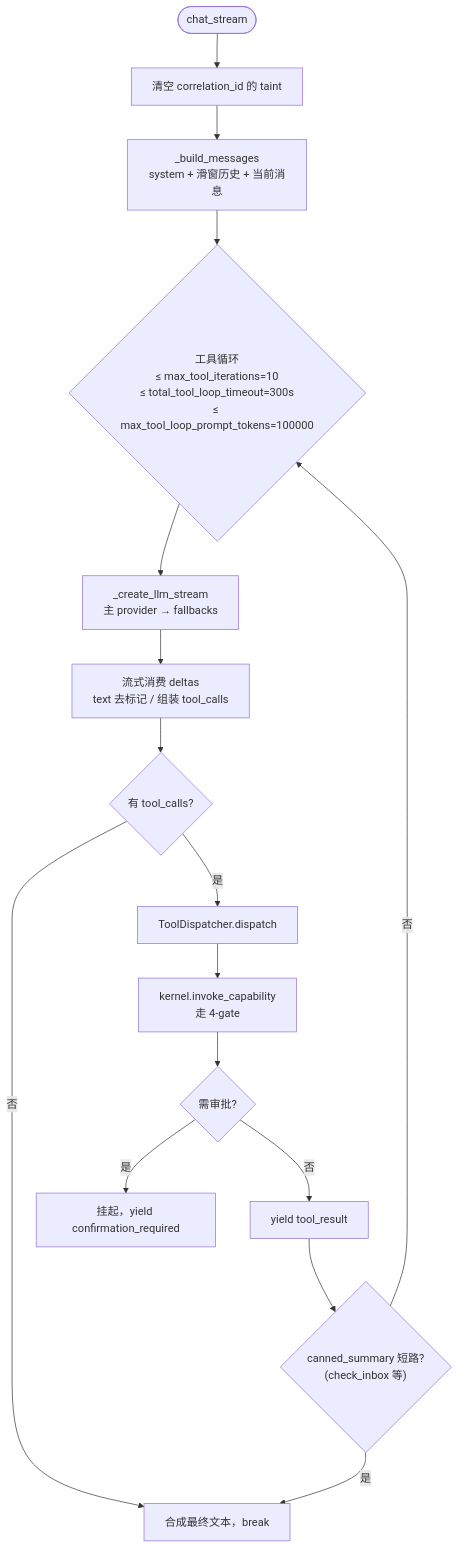
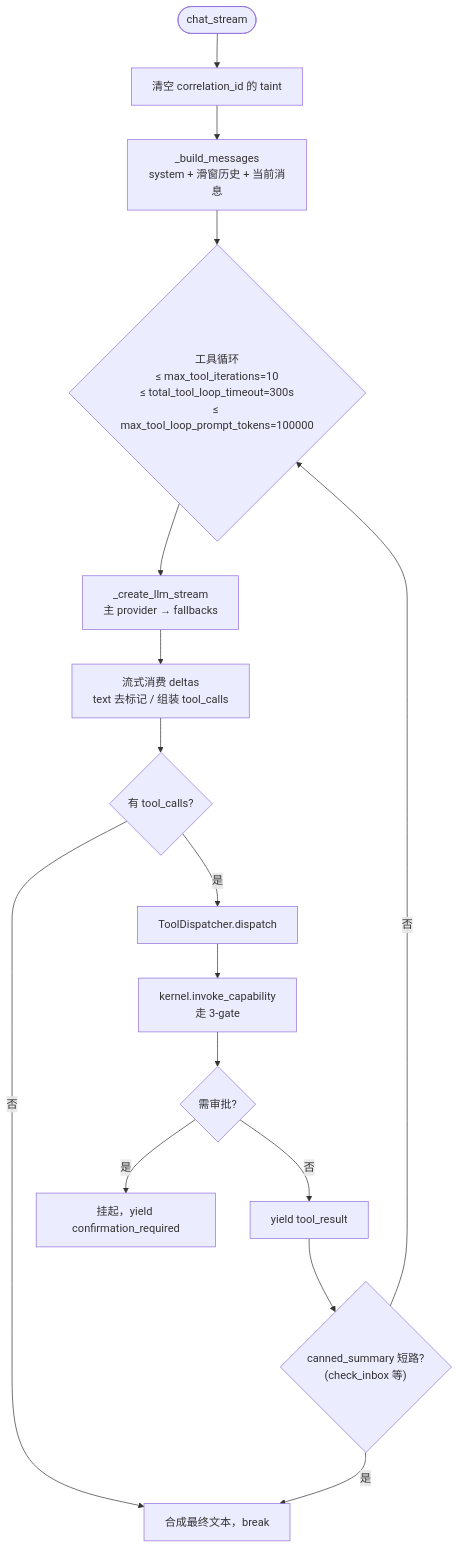
Before and after one commit to yyyyyyyy/personal-ai-runtime: the diagram in docs/03-subsystems/backend-core.md, drawn with Mermaid. The commit also changed 21 other files, not shown here.

````diff
--- a/docs/03-subsystems/backend-core.md
+++ b/docs/03-subsystems/backend-core.md
@@ -11,19 +11,19 @@
 ```mermaid
 flowchart TB
     Start([chat_stream])
     Start --> Clear["清空 correlation_id 的 taint"]
     Clear --> Build["_build_messages<br/>system + 滑窗历史 + 当前消息"]
     Build --> Loop{"工具循环<br/>≤ max_tool_iterations=10<br/>≤ total_tool_loop_timeout=300s<br/>≤ max_tool_loop_prompt_tokens=100000"}
     Loop --> Stream["_create_llm_stream<br/>主 provider → fallbacks"]
     Stream --> Delta["流式消费 deltas<br/>text 去标记 / 组装 tool_calls"]
     Delta --> HasTool{"有 tool_calls?"}
     HasTool -->|否| Final["合成最终文本，break"]
     HasTool -->|是| Dispatch["ToolDispatcher.dispatch"]
-    Dispatch --> Cap["kernel.invoke_capability<br/>走 4-gate"]
+    Dispatch --> Cap["kernel.invoke_capability<br/>走 3-gate"]
     Cap --> Conf{需审批?}
     Conf -->|是| Suspend["挂起，yield confirmation_required"]
     Conf -->|否| Result["yield tool_result"]
     Result --> Canned{"canned_summary 短路?<br/>(check_inbox 等)"}
     Canned -->|是| Final
     Canned -->|否| Loop
 ```
````
